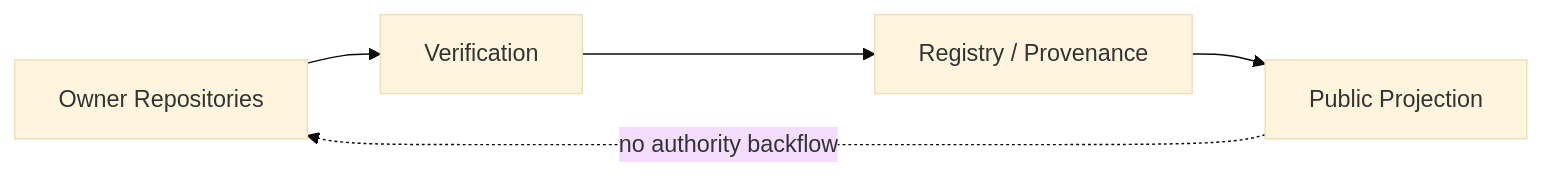
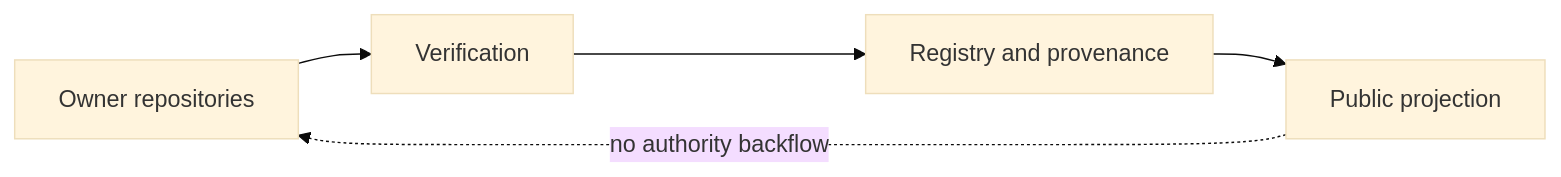
One commit to baum777/unitera_public_docs changed the diagram in docs/status/bootstrap-materialization.md. Above: the diagram before and after it, drawn with Mermaid (base theme). The commit also changed other lines of this file and 12 other files, not shown here.

Commit message:
docs: reconcile public architecture and current state

````diff
--- a/docs/status/bootstrap-materialization.md
+++ b/docs/status/bootstrap-materialization.md
@@ -25,7 +24,7 @@
 ```mermaid
 flowchart LR
-    O[Owner Repositories] --> V[Verification]
-    V --> R[Registry / Provenance]
-    R --> P[Public Projection]
+    O[Owner repositories] --> V[Verification]
+    V --> R[Registry and provenance]
+    R --> P[Public projection]
     P -. no authority backflow .-> O
 ```
````
